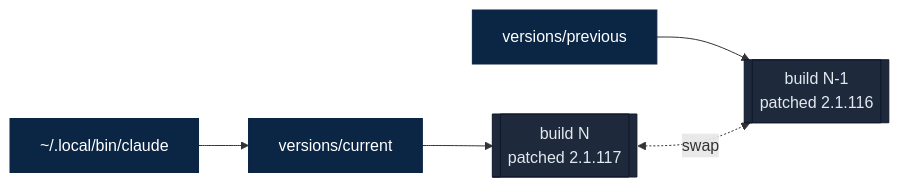
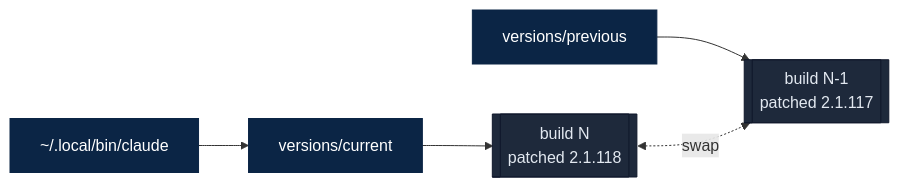
The second of 3 diagrams in README.md (camjac251/cc-enhanced), drawn with Mermaid before and after one commit. The commit also changed other lines of this file, not shown here.

````diff
--- a/README.md
+++ b/README.md
@@ -70,13 +70,13 @@
 ```mermaid
 flowchart LR
     Launcher["~/.local/bin/claude"] --> Current["versions/current"]
     Previous["versions/previous"]
-    Current --> NewBuild[["build N<br/>patched 2.1.117"]]
-    Previous --> OldBuild[["build N-1<br/>patched 2.1.116"]]
+    Current --> NewBuild[["build N<br/>patched 2.1.118"]]
+    Previous --> OldBuild[["build N-1<br/>patched 2.1.117"]]
     NewBuild <-. swap .-> OldBuild
 
     classDef sym fill:#0b2545,stroke:#0b2545,color:#fff
     classDef build fill:#1e293b,stroke:#0f172a,color:#e2e8f0
     class Launcher,Current,Previous sym
     class NewBuild,OldBuild build
 ```
````
